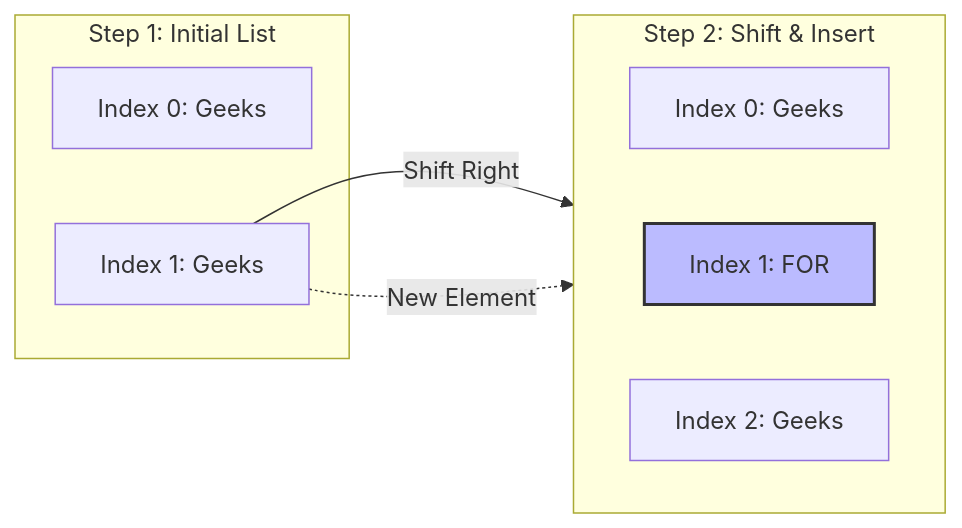
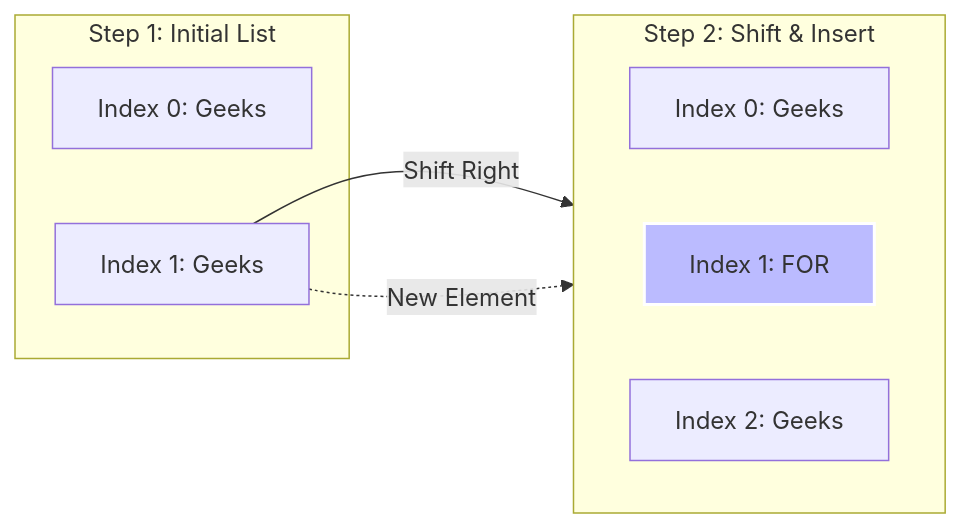
Before and after one commit to krishnna639-glitch/CoreJava: the second of 2 diagrams in collections/CoreInterface/ListInterface/ListInterface.md, drawn with Mermaid.

Commit message:
colorchange

````diff
--- a/collections/CoreInterface/ListInterface/ListInterface.md
+++ b/collections/CoreInterface/ListInterface/ListInterface.md
@@ -126,19 +126,19 @@
 ```mermaid
 graph LR
     subgraph Step 1: Initial List
         A[Index 0: Geeks]
         B[Index 1: Geeks]
     end
 
     subgraph Step 2: Shift & Insert
         direction LR
         A1[Index 0: Geeks]
         B1[Index 1: FOR]
         C1[Index 2: Geeks]
     end
 
     B -->|Shift Right| C1
     B -.->|New Element| B1
 
-    style B1 fill:#bbf,stroke:#333,stroke-width:2px
+    style B1 fill:#bbf,stroke:#fff,stroke-width:2px
 ```
````
